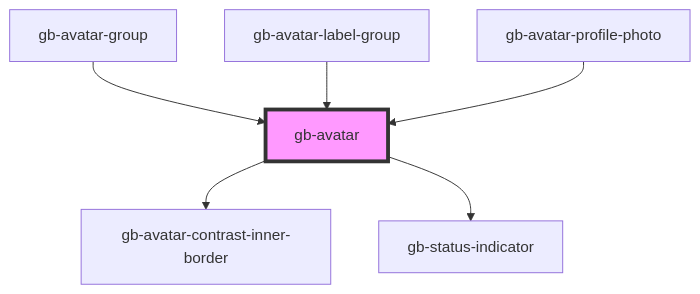
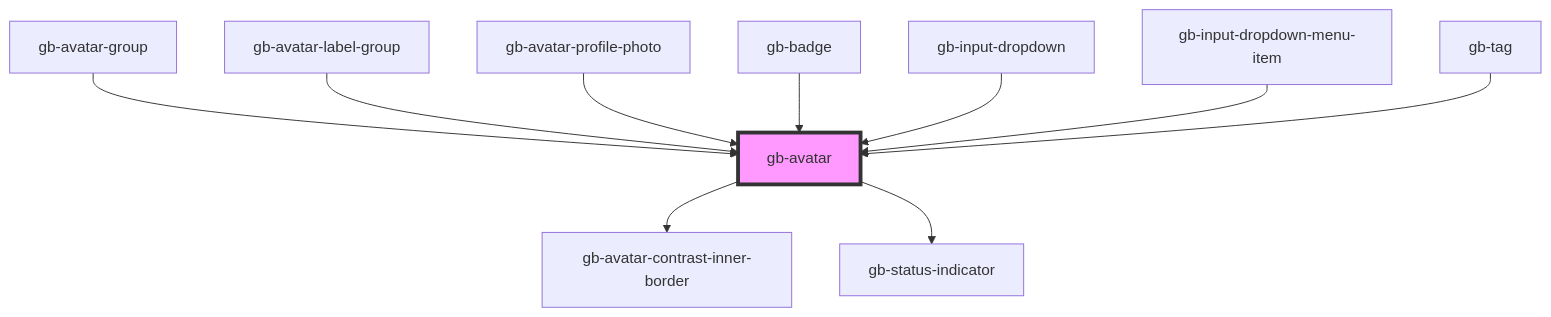
One commit to Emmanuel1858/globusComponent changed the diagram in src/components/gb-avatar/readme.md. Above: the diagram before and after it, drawn with Mermaid. The commit also changed other lines of this file and 33 other files, not shown here.

````diff
--- a/src/components/gb-avatar/readme.md
+++ b/src/components/gb-avatar/readme.md
@@ -35,9 +39,13 @@
 ```mermaid
 graph TD;
   gb-avatar --> gb-avatar-contrast-inner-border
   gb-avatar --> gb-status-indicator
   gb-avatar-group --> gb-avatar
   gb-avatar-label-group --> gb-avatar
   gb-avatar-profile-photo --> gb-avatar
+  gb-badge --> gb-avatar
+  gb-input-dropdown --> gb-avatar
+  gb-input-dropdown-menu-item --> gb-avatar
+  gb-tag --> gb-avatar
   style gb-avatar fill:#f9f,stroke:#333,stroke-width:4px
 ```
````
